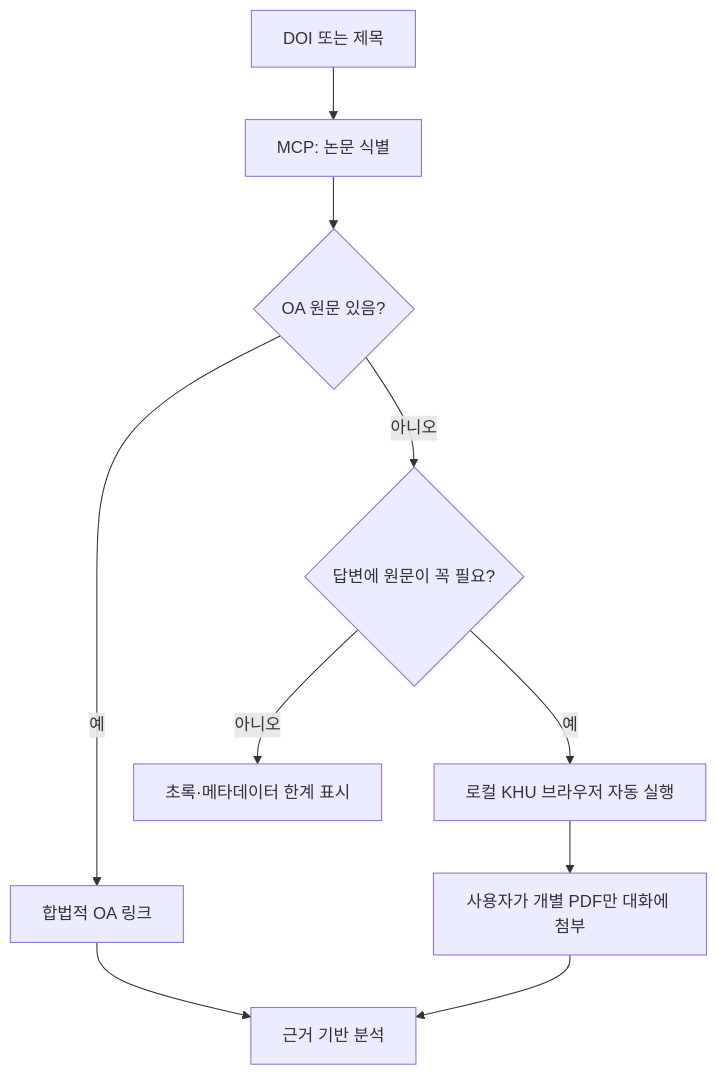
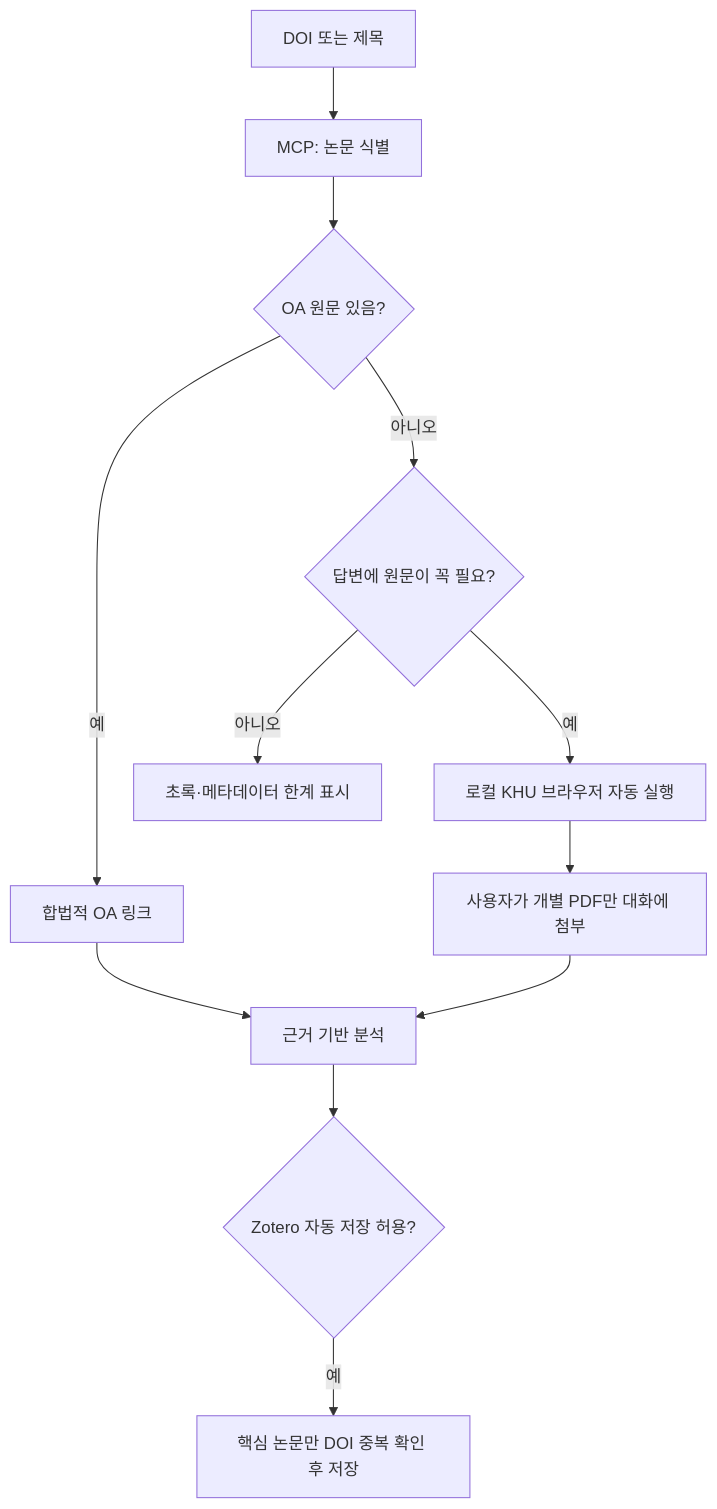
The diagram in README.md (gimmiso/unipaper-bridge), drawn with Mermaid before and after one commit. The commit also changed other lines of this file and 23 other files, not shown here.

````diff
--- a/README.md
+++ b/README.md
@@ -39,12 +40,14 @@
 ```mermaid
 flowchart TD
     A["DOI 또는 제목"] --> B["MCP: 논문 식별"]
     B --> C{"OA 원문 있음?"}
     C -->|예| D["합법적 OA 링크"]
     C -->|아니오| E{"답변에 원문이 꼭 필요?"}
     E -->|아니오| I["초록·메타데이터 한계 표시"]
     E -->|예| F["로컬 KHU 브라우저 자동 실행"]
     F --> G["사용자가 개별 PDF만 대화에 첨부"]
     D --> H["근거 기반 분석"]
     G --> H
+    H --> J{"Zotero 자동 저장 허용?"}
+    J -->|예| K["핵심 논문만 DOI 중복 확인 후 저장"]
 ```
````
